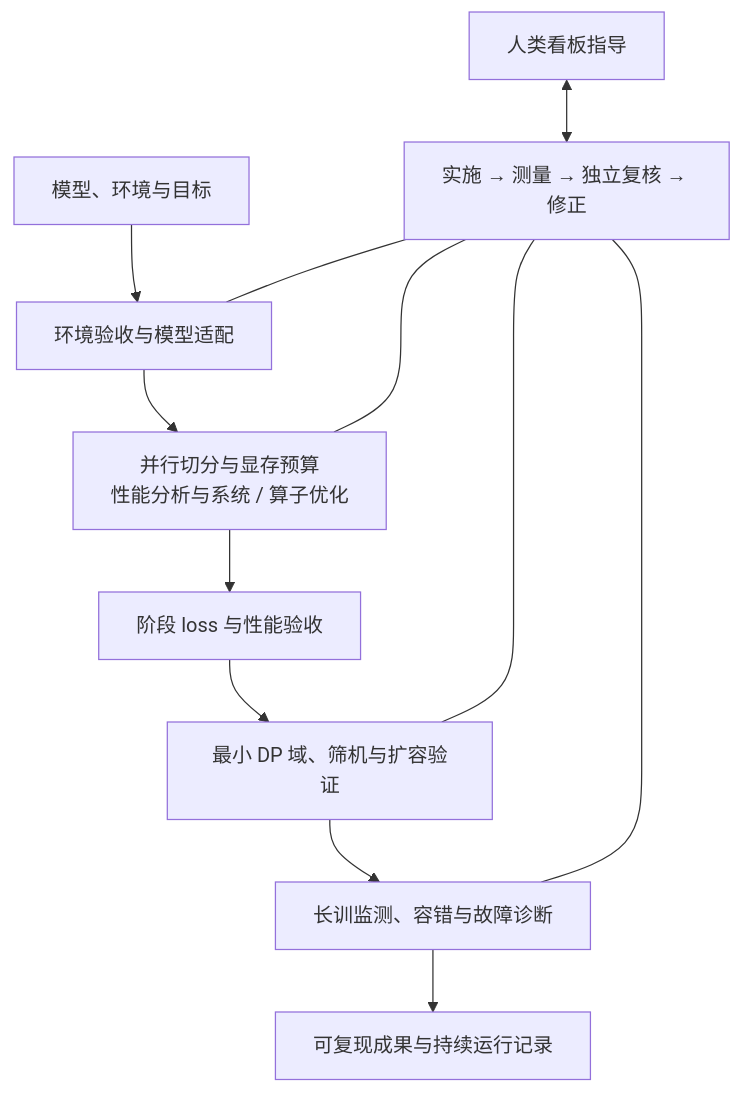
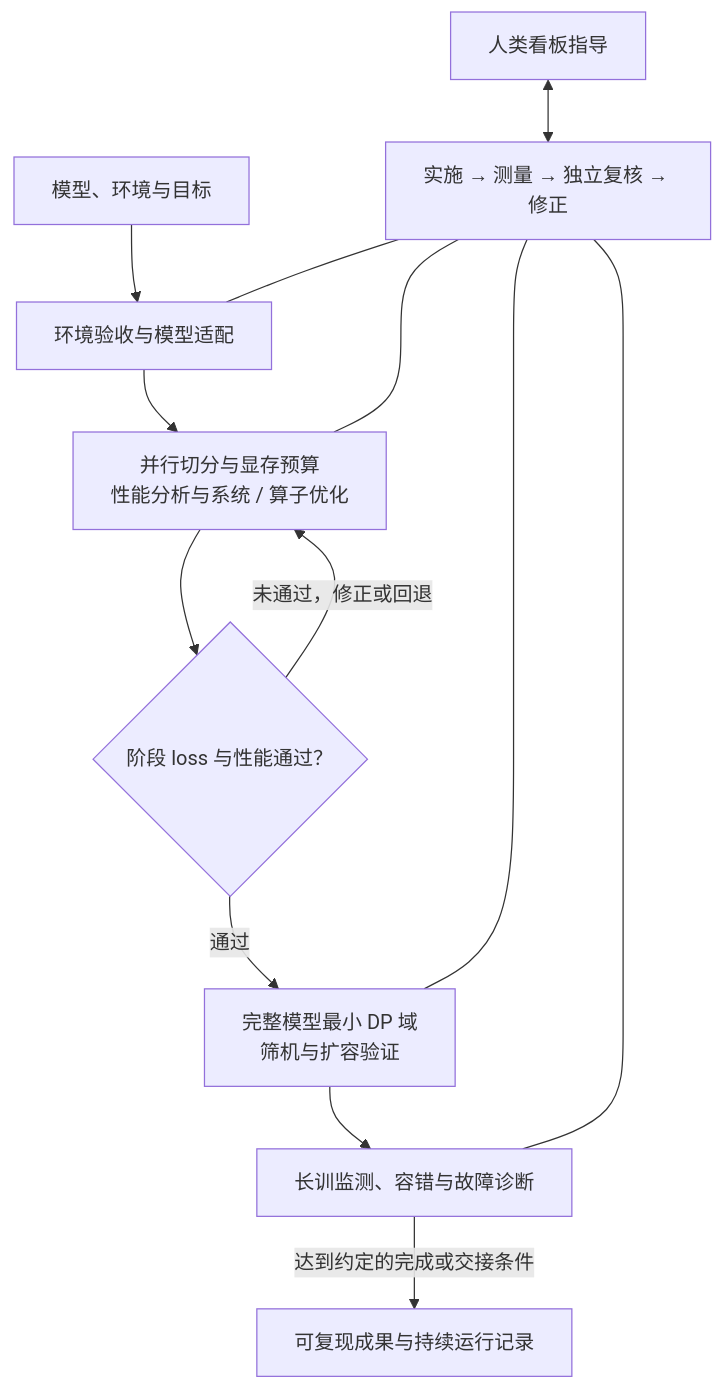
The diagram in README.md (yuguo-Jack/HCU-TrainFlow), drawn with Mermaid before and after one commit. The commit also changed other lines of this file and 1 other file, not shown here.

````diff
--- a/README.md
+++ b/README.md
@@ -19,14 +21,15 @@
 ```mermaid
 flowchart TD
     U[模型、环境与目标] --> A[环境验收与模型适配]
     A --> O[并行切分与显存预算<br/>性能分析与系统 / 算子优化]
-    O --> Q[阶段 loss 与性能验收]
-    Q --> S[最小 DP 域、筛机与扩容验证]
+    O --> Q{阶段 loss 与性能通过？}
+    Q -->|未通过，修正或回退| O
+    Q -->|通过| S[完整模型最小 DP 域<br/>筛机与扩容验证]
     S --> T[长训监测、容错与故障诊断]
     C[实施 → 测量 → 独立复核 → 修正] --- A
     C --- O
     C --- S
     C --- T
     H[人类看板指导] <--> C
-    T --> D[可复现成果与持续运行记录]
+    T -->|达到约定的完成或交接条件| D[可复现成果与持续运行记录]
 ```
````
